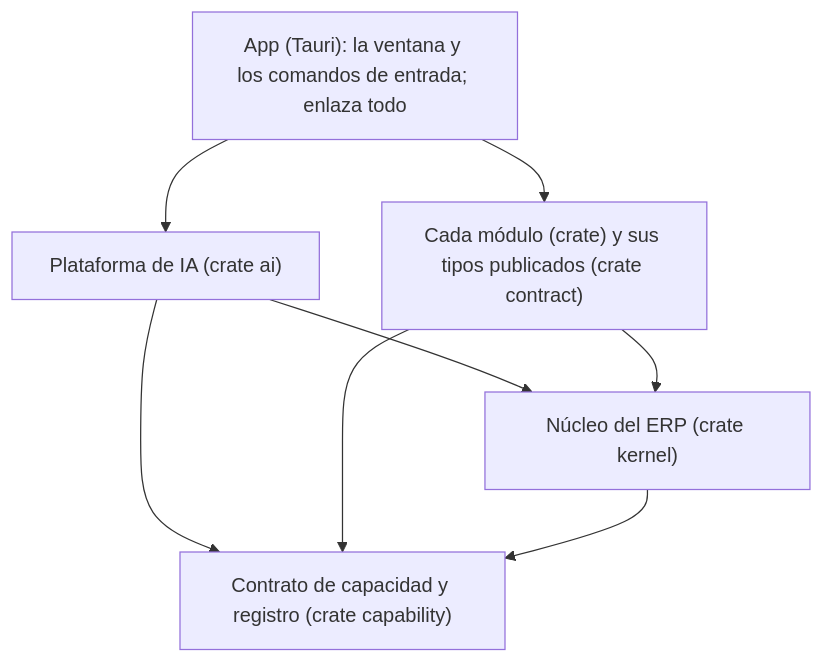
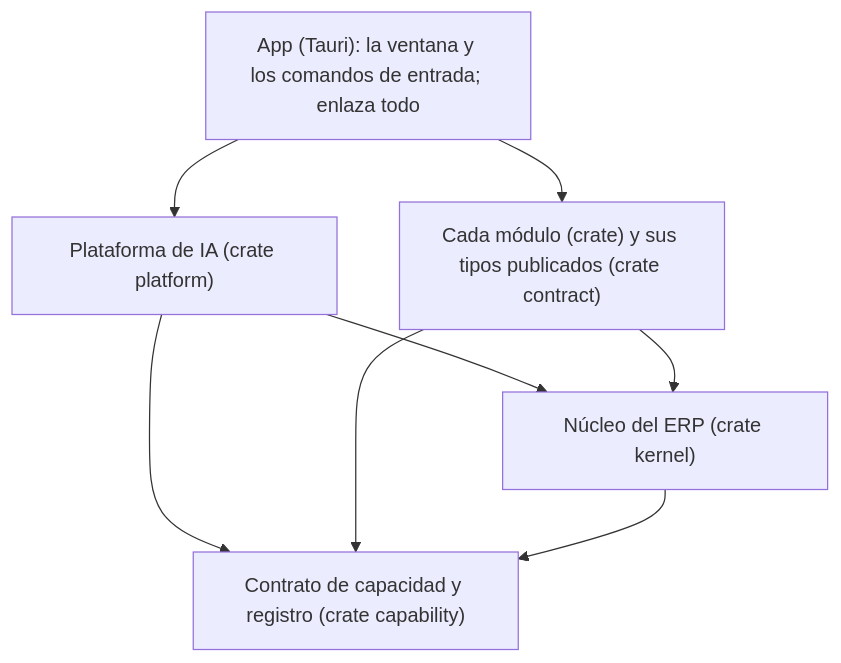
The first of 4 diagrams in docs/plano-de-la-ia.md (J41M3C4B/Cimiento-Agente-de-Ingenieria-de-Proyectos-), drawn with Mermaid before and after one commit. The commit also changed other lines of this file and 27 other files, not shown here.

````diff
--- a/docs/plano-de-la-ia.md
+++ b/docs/plano-de-la-ia.md
@@ -49,16 +49,16 @@
 ```mermaid
 flowchart TB
     APP["App (Tauri): la ventana y los comandos de entrada; enlaza todo"]
-    AI["Plataforma de IA (crate ai)"]
+    AI["Plataforma de IA (crate platform)"]
     CAPC["Contrato de capacidad y registro (crate capability)"]
     KER["Núcleo del ERP (crate kernel)"]
     MOD["Cada módulo (crate) y sus tipos publicados (crate contract)"]
 
     APP --> AI
     APP --> MOD
     AI --> CAPC
     AI --> KER
     MOD --> CAPC
     MOD --> KER
     KER --> CAPC
 ```
````
